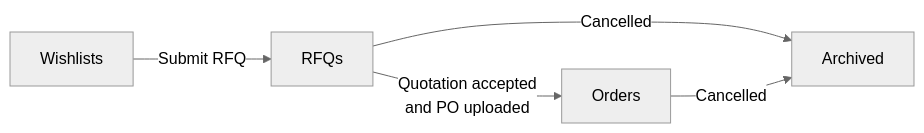
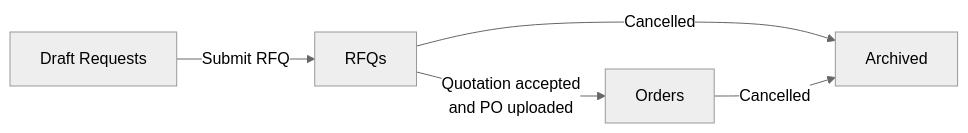
The first of 3 diagrams in docs/b2b_ecommerce_docs/_user_guide/005-Client-Portal-Orders.md (LaplaceSoftware/lp_projects_docs), drawn with Mermaid (neutral theme) before and after one commit. The commit also changed other lines of this file and 48 other files, not shown here.

````diff
--- a/docs/b2b_ecommerce_docs/_user_guide/005-Client-Portal-Orders.md
+++ b/docs/b2b_ecommerce_docs/_user_guide/005-Client-Portal-Orders.md
@@ -17,7 +17,7 @@
 ```mermaid
 flowchart LR
-    W["Wishlists"] -->|"Submit RFQ"| R["RFQs"]
+    W["Draft Requests"] -->|"Submit RFQ"| R["RFQs"]
     R -->|"Quotation accepted<br/>and PO uploaded"| O["Orders"]
     R -->|"Cancelled"| A["Archived"]
     O -->|"Cancelled"| A
 ```
````
